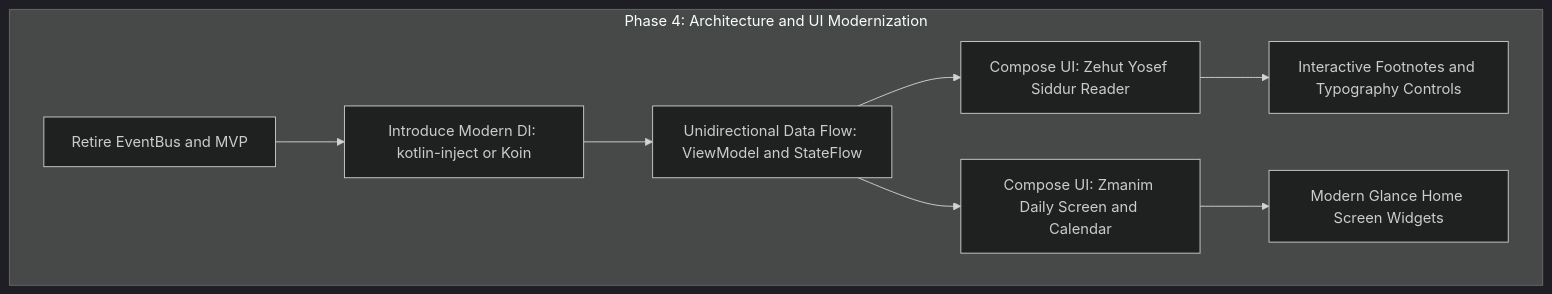
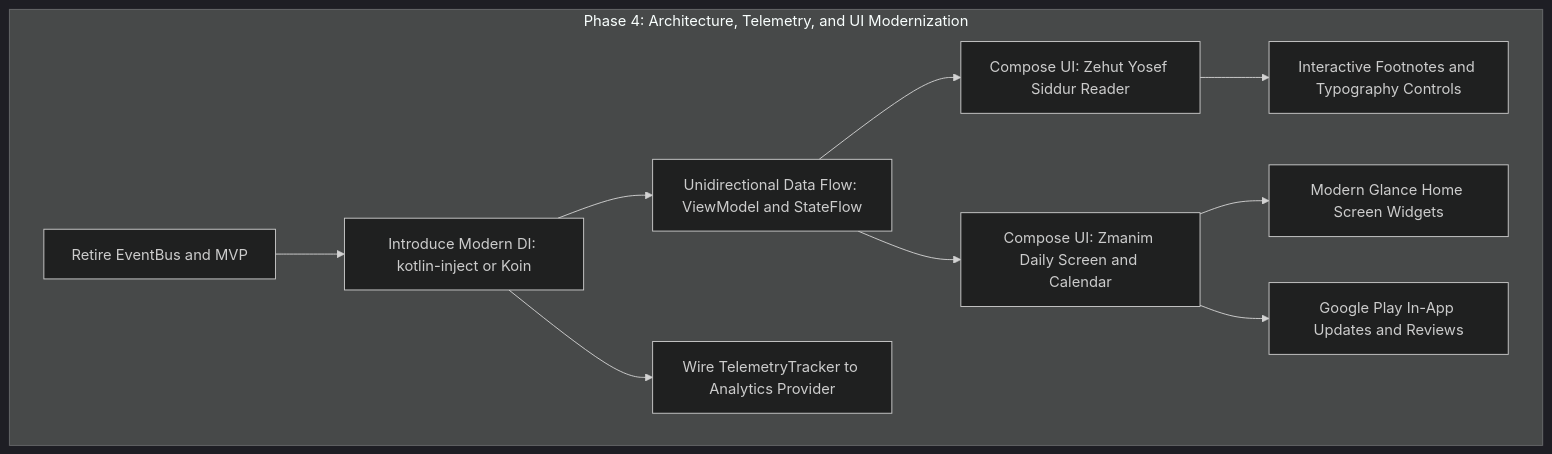
Before and after one commit to jgindin/zmanim: the fifth of 7 diagrams in docs/superpowers/specs/master-roadmap.md, drawn with Mermaid (dark theme). The commit also changed other lines of this file and 2 other files, not shown here.

Commit message:
Update Phase 1 spec, plan, and master roadmap with Play Store delivery and telemetry

````diff
--- a/docs/superpowers/specs/master-roadmap.md
+++ b/docs/superpowers/specs/master-roadmap.md
@@ -180,11 +183,13 @@
 ```mermaid
 flowchart TD
-    subgraph Modernization ["Phase 4: Architecture and UI Modernization"]
+    subgraph Modernization ["Phase 4: Architecture, Telemetry, and UI Modernization"]
         A1["Retire EventBus and MVP"] --> A2["Introduce Modern DI: kotlin-inject or Koin"]
         A2 --> A3["Unidirectional Data Flow: ViewModel and StateFlow"]
+        A2 --> AT["Wire TelemetryTracker to Analytics Provider"]
         A3 --> A4["Compose UI: Zmanim Daily Screen and Calendar"]
         A3 --> A5["Compose UI: Zehut Yosef Siddur Reader"]
         A5 --> A6["Interactive Footnotes and Typography Controls"]
         A4 --> A7["Modern Glance Home Screen Widgets"]
+        A4 --> AP["Google Play In-App Updates and Reviews"]
     end
 ```
````
